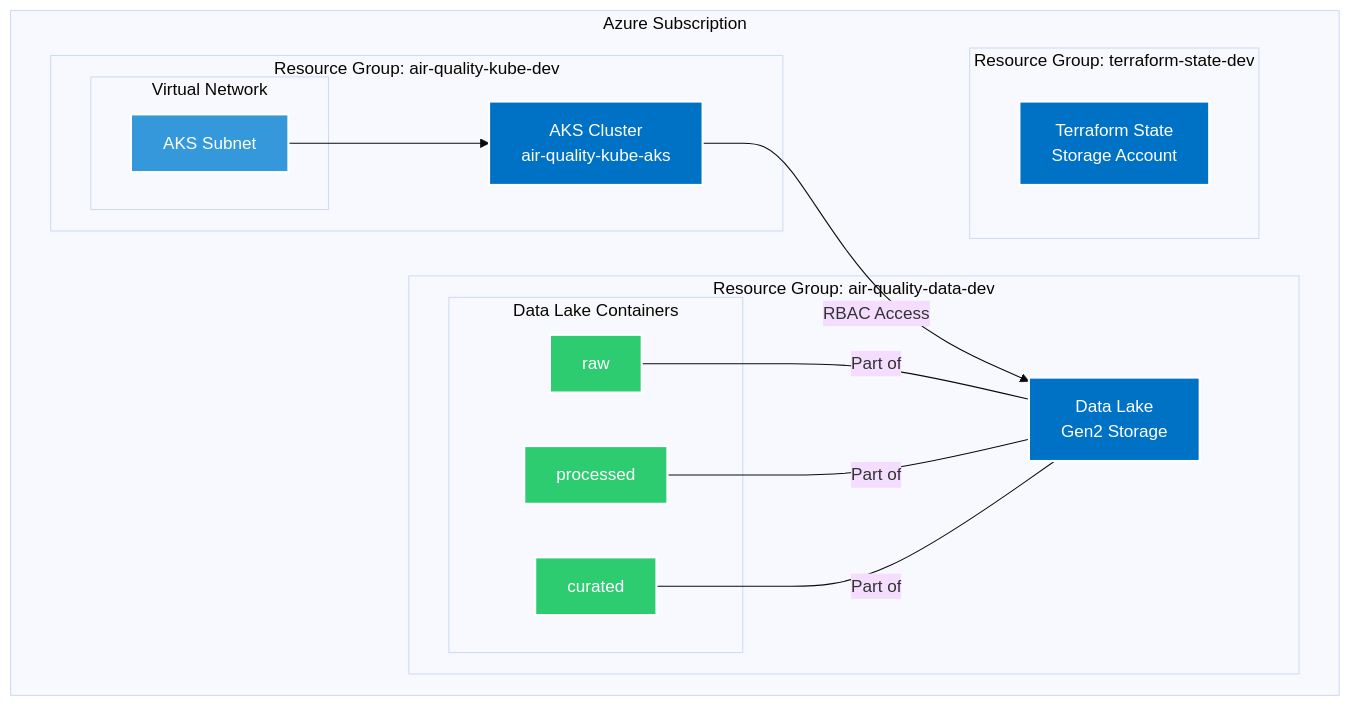
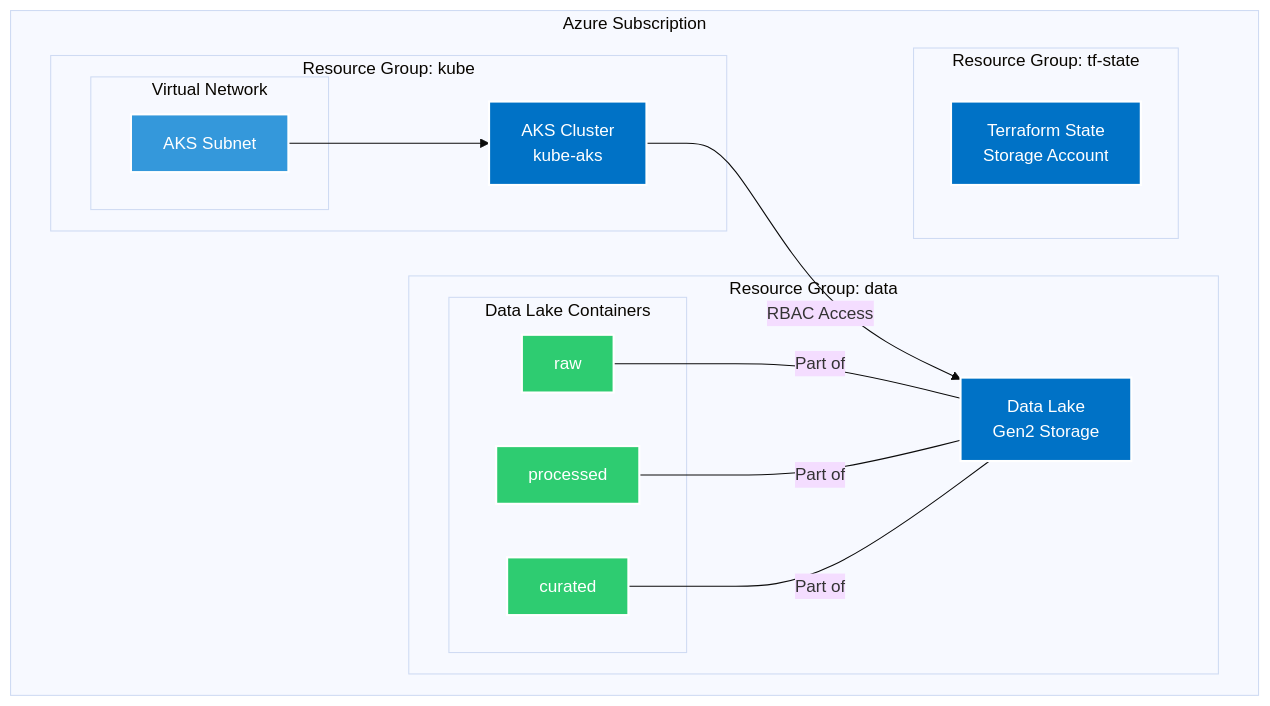
The first of 3 diagrams in README.md (waddafunk/the-air-quality-project-infrastructure-as-code), drawn with Mermaid (base theme) before and after one commit.

````diff
--- a/README.md
+++ b/README.md
@@ -9,36 +9,36 @@
 ```mermaid
 graph TB
     subgraph "Azure Subscription"
-        subgraph "Resource Group: air-quality-kube-dev"
-            AKS["AKS Cluster<br/>air-quality-kube-aks"]
+        subgraph "Resource Group: kube"
+            AKS["AKS Cluster<br/>kube-aks"]
             subgraph "Virtual Network"
                 SUBNET["AKS Subnet"]
             end
         end
         
-        subgraph "Resource Group: air-quality-data-dev"
+        subgraph "Resource Group: data"
             DL["Data Lake<br/>Gen2 Storage"]
             subgraph "Data Lake Containers"
                 RAW["raw"]
                 PROCESSED["processed"]
                 CURATED["curated"]
             end
         end
         
-        subgraph "Resource Group: terraform-state-dev"
+        subgraph "Resource Group: tf-state"
             TFSTATE["Terraform State<br/>Storage Account"]
         end
     end
     
     SUBNET --> AKS
     AKS -->|RBAC Access| DL
     RAW & PROCESSED & CURATED ---|"Part of"| DL
     
     classDef azure fill:#0072C6,stroke:#fff,stroke-width:2px,color:#fff
     classDef storage fill:#3498DB,stroke:#fff,stroke-width:2px,color:#fff
     classDef container fill:#2ECC71,stroke:#fff,stroke-width:2px,color:#fff
     
     class AKS,DL,TFSTATE azure
     class RAW,PROCESSED,CURATED container
     class SUBNET storage
 ```
````
